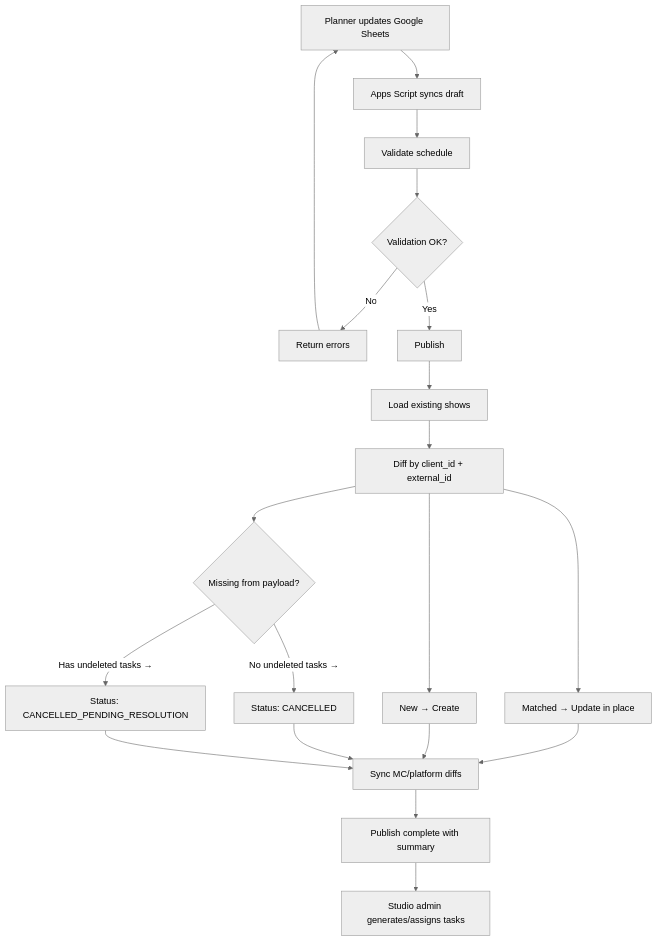
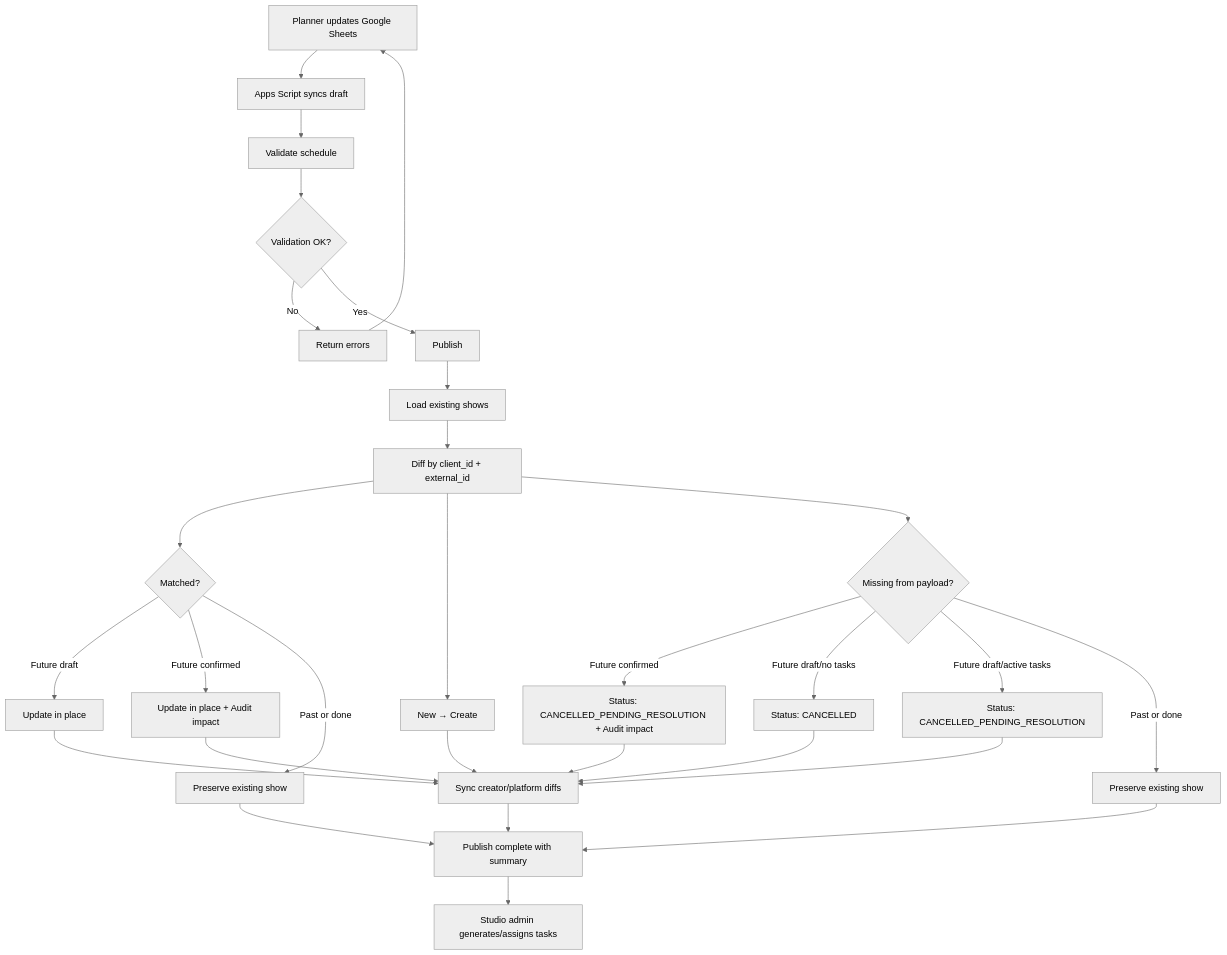
One commit to allenlin90/eridu-services changed the first of 2 diagrams in apps/erify_api/docs/SCHEDULE_CONTINUITY.md. Above: the diagram before and after it, drawn with Mermaid (neutral theme). The commit also changed other lines of this file and 37 other files, not shown here.

First line of the commit message:
Add schedule publish impact review (#246)

````diff
--- a/apps/erify_api/docs/SCHEDULE_CONTINUITY.md
+++ b/apps/erify_api/docs/SCHEDULE_CONTINUITY.md
@@ -9,21 +9,27 @@
 ```mermaid
 flowchart TD
     A[Planner updates Google Sheets] --> B[Apps Script syncs draft]
     B --> C[Validate schedule]
     C --> D{Validation OK?}
     D -- No --> E[Return errors]
     E --> A
     D -- Yes --> F[Publish]
     F --> G[Load existing shows]
     G --> H[Diff by client_id + external_id]
 
-    H --> I[Matched → Update in place]
+    H --> I{Matched?}
+    I -- Future draft --> I1[Update in place]
+    I -- Future confirmed --> I2[Update in place + Audit impact]
+    I -- Past or done --> I3[Preserve existing show]
     H --> J[New → Create]
     H --> K{Missing from payload?}
-    K -- No undeleted tasks → --> L[Status: CANCELLED]
-    K -- Has undeleted tasks → --> M[Status: CANCELLED_PENDING_RESOLUTION]
+    K -- Future confirmed --> L[Status: CANCELLED_PENDING_RESOLUTION + Audit impact]
+    K -- Future draft/no tasks --> M[Status: CANCELLED]
+    K -- Future draft/active tasks --> Q[Status: CANCELLED_PENDING_RESOLUTION]
+    K -- Past or done --> R[Preserve existing show]
 
-    I & J & L & M --> N[Sync MC/platform diffs]
+    I1 & I2 & J & L & M & Q --> N[Sync creator/platform diffs]
+    I3 & R --> O[Publish complete with summary]
     N --> O[Publish complete with summary]
     O --> P[Studio admin generates/assigns tasks]
 ```
````
